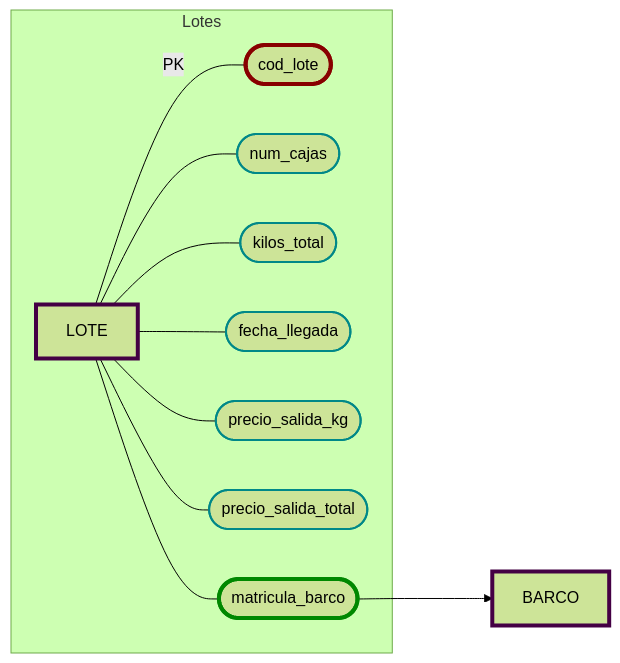
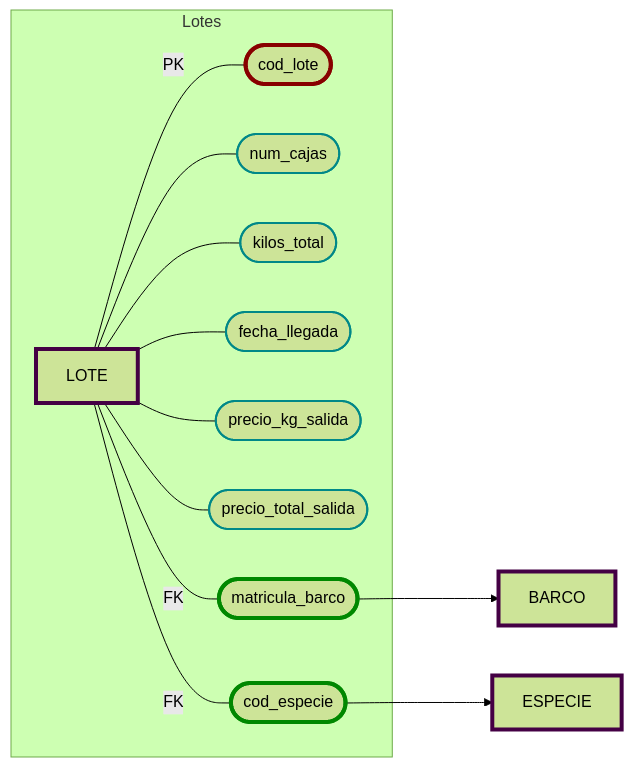
The first of 13 diagrams in DataBases/lonja_DB.md (JulTob/Data), drawn with Mermaid (forest theme) before and after one commit. The commit also changed other lines of this file, not shown here.

````diff
--- a/DataBases/lonja_DB.md
+++ b/DataBases/lonja_DB.md
@@ -35,25 +35,29 @@
 ```mermaid
 flowchart LR
   classDef atributo stroke:#088,stroke-width:2px;
   classDef pk stroke:#800,stroke-width:4px;
   classDef entidad stroke:#404,stroke-width:4px;
   classDef relacion stroke:#840,stroke-width:2px;
   classDef fk stroke:#080,stroke-width:4px;
 
   %% Atributos LOTE
   subgraph Lotes
     Lote[LOTE]:::entidad
     Lote ---|PK| cod_lote([cod_lote]):::pk   
     Lote --- num_cajas([num_cajas]):::atributo  
     Lote --- kilos_total([kilos_total]):::atributo  
     Lote --- fecha_llegada([fecha_llegada]):::atributo  
-    Lote --- precio_salida_kg([precio_salida_kg]):::atributo  
-    Lote --- precio_salida_total([precio_salida_total]):::atributo  
-    Lote --- matricula_barco([matricula_barco]):::fk  
+    Lote --- precio_kg_salida([precio_kg_salida]):::atributo  
+    Lote --- precio_total_salida([precio_total_salida]):::atributo  
+    Lote ---|FK| matricula_barco([matricula_barco]):::fk  
+    Lote ---|FK| cod_especie([cod_especie]):::fk  
 
     end 
 
 matricula_barco ---> Barco
 Barco[BARCO]:::entidad
 
+cod_especie ---> Especie
+Especie[ESPECIE]:::entidad
+
 ```
````
